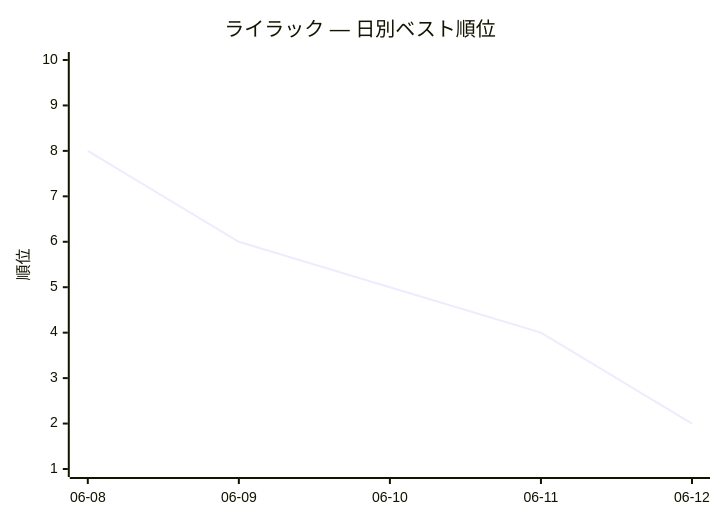
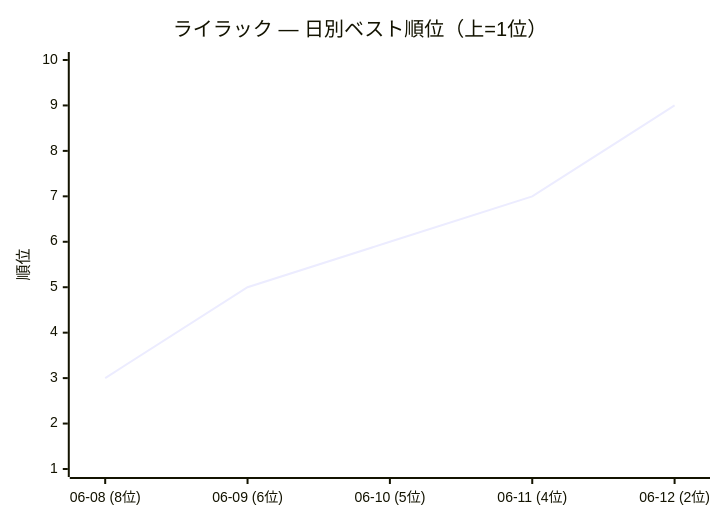
Before and after one commit to rushhirosan/trend-dashboard: the first of 6 diagrams in docs/summaries/weekly/2026-W24.md, drawn with Mermaid. The commit also changed other lines of this file and 2 other files, not shown here.

````diff
--- a/docs/summaries/weekly/2026-W24.md
+++ b/docs/summaries/weekly/2026-W24.md
@@ -55,7 +55,7 @@
 ```mermaid
 xychart-beta
-    title "ライラック — 日別ベスト順位"
-    x-axis ["06-08", "06-09", "06-10", "06-11", "06-12"]
+    title "ライラック — 日別ベスト順位（上=1位）"
+    x-axis ["06-08 (8位)", "06-09 (6位)", "06-10 (5位)", "06-11 (4位)", "06-12 (2位)"]
     y-axis "順位" 1 --> 10
-    line [8, 6, 5, 4, 2]
+    line [3, 5, 6, 7, 9]
 ```
````
